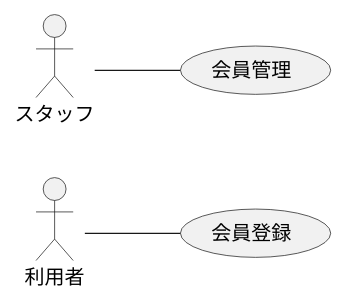
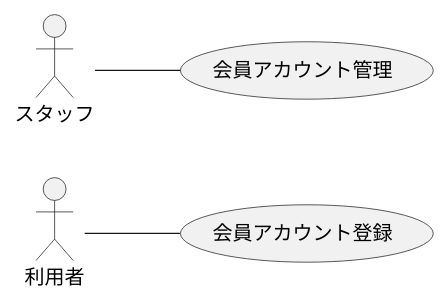
One commit to TakashiOnawa/ddd-practice-studio-reservation changed the diagram in modeling/BusinessUsecase_会員管理.pu. Above: the diagram before and after it, drawn with PlantUML. The commit also changed 4 other files, not shown here.

```diff
--- a/modeling/BusinessUsecase_会員管理.pu
+++ b/modeling/BusinessUsecase_会員管理.pu
@@ -1,11 +1,11 @@
 @startuml BusinessUsecase
 
 left to right direction
 
 actor 利用者
 actor スタッフ
 
-利用者 -- (会員登録)
-スタッフ -- (会員管理)
+利用者 -- (会員アカウント登録)
+スタッフ -- (会員アカウント管理)
 
 @enduml
```
